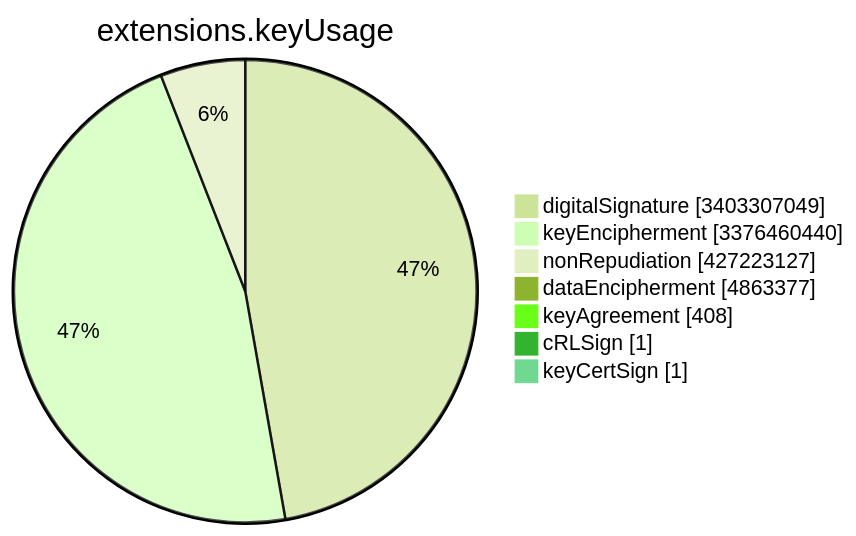
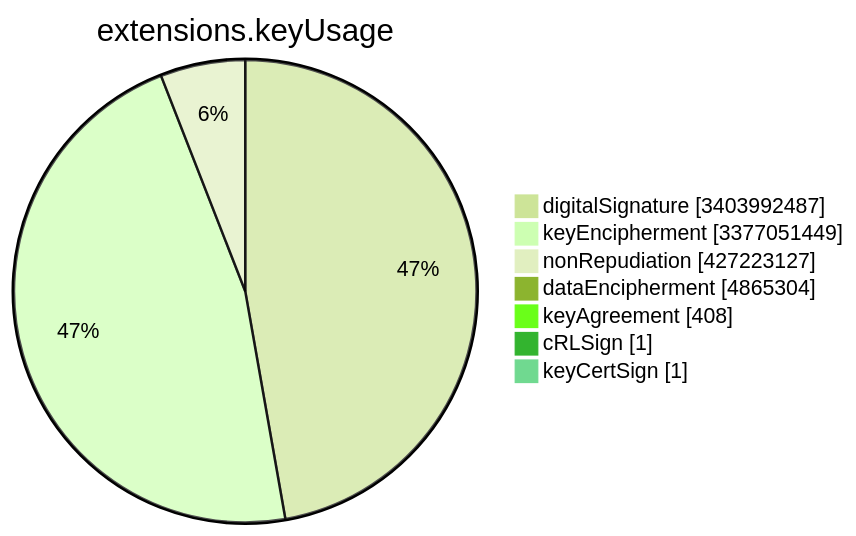
Before and after one commit to christiankrug/ctmonitor_visualization: the sixth of 15 diagrams in TOTAL/README.md, drawn with Mermaid (forest theme). The commit also changed other lines of this file, not shown here.

````diff
--- a/TOTAL/README.md
+++ b/TOTAL/README.md
@@ -3081,11 +3081,11 @@
 ```mermaid
 pie showData
 title extensions.keyUsage
-"digitalSignature" :3403307049
-"keyEncipherment" :3376460440
+"digitalSignature" :3403992487
+"keyEncipherment" :3377051449
 "nonRepudiation" :427223127
-"dataEncipherment" :4863377
+"dataEncipherment" :4865304
 "keyAgreement" :408
 "cRLSign" :1
 "keyCertSign" :1
 ```
````
